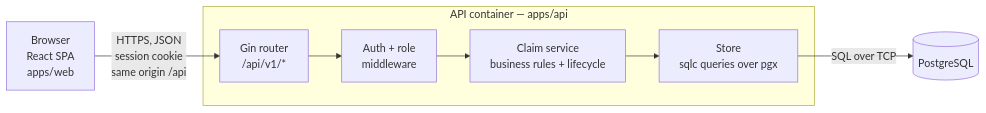
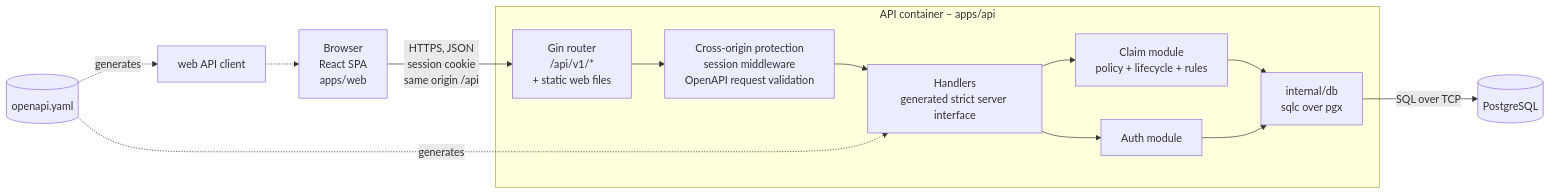
One commit to beambeambeam/claimflow changed the first of 3 diagrams in docs/system-sds.md. Above: the diagram before and after it, drawn with Mermaid. The commit also changed other lines of this file, not shown here.

Commit message:
docs: apply architecture review to sds

````diff
--- a/docs/system-sds.md
+++ b/docs/system-sds.md
@@ -19,12 +19,16 @@
 ```mermaid
 flowchart LR
     B[Browser<br/>React SPA<br/>apps/web] -- "HTTPS, JSON<br/>session cookie<br/>same origin /api" --> API
 
-    subgraph C[API container — apps/api]
-        API[Gin router<br/>/api/v1/*] --> MW[Auth + role<br/>middleware]
-        MW --> SVC[Claim service<br/>business rules + lifecycle]
-        SVC --> REPO[Store<br/>sqlc queries over pgx]
+    subgraph C[API container – apps/api]
+        API[Gin router<br/>/api/v1/*<br/>+ static web files] --> MW[Cross-origin protection<br/>session middleware<br/>OpenAPI request validation]
+        MW --> H[Handlers<br/>generated strict server interface]
+        H --> CM[Claim module<br/>policy + lifecycle + rules]
+        H --> AM[Auth module]
+        CM & AM --> DB[internal/db<br/>sqlc over pgx]
     end
 
-    REPO -- "SQL over TCP" --> DB[(PostgreSQL)]
+    DB -- "SQL over TCP" --> PG[(PostgreSQL)]
+    SPEC[(openapi.yaml)] -. generates .-> H
+    SPEC -. generates .-> CL[web API client] -.-> B
 ```
````
